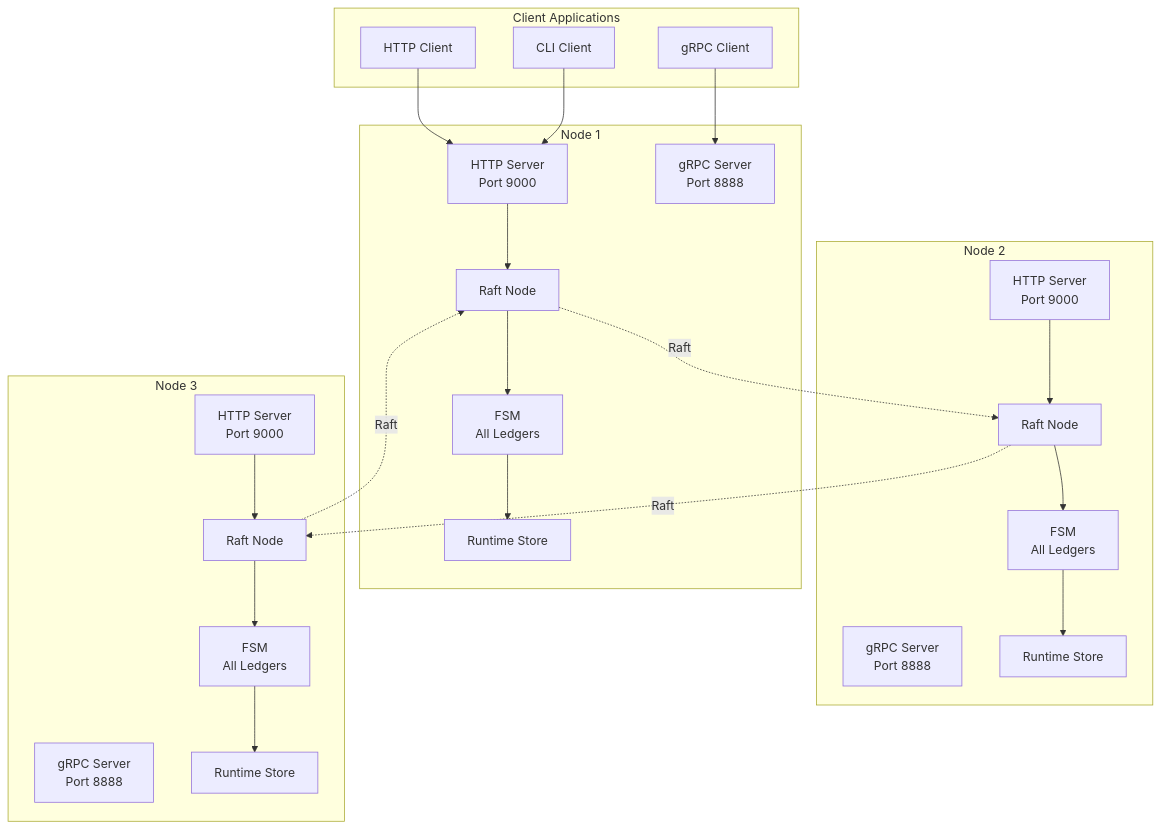
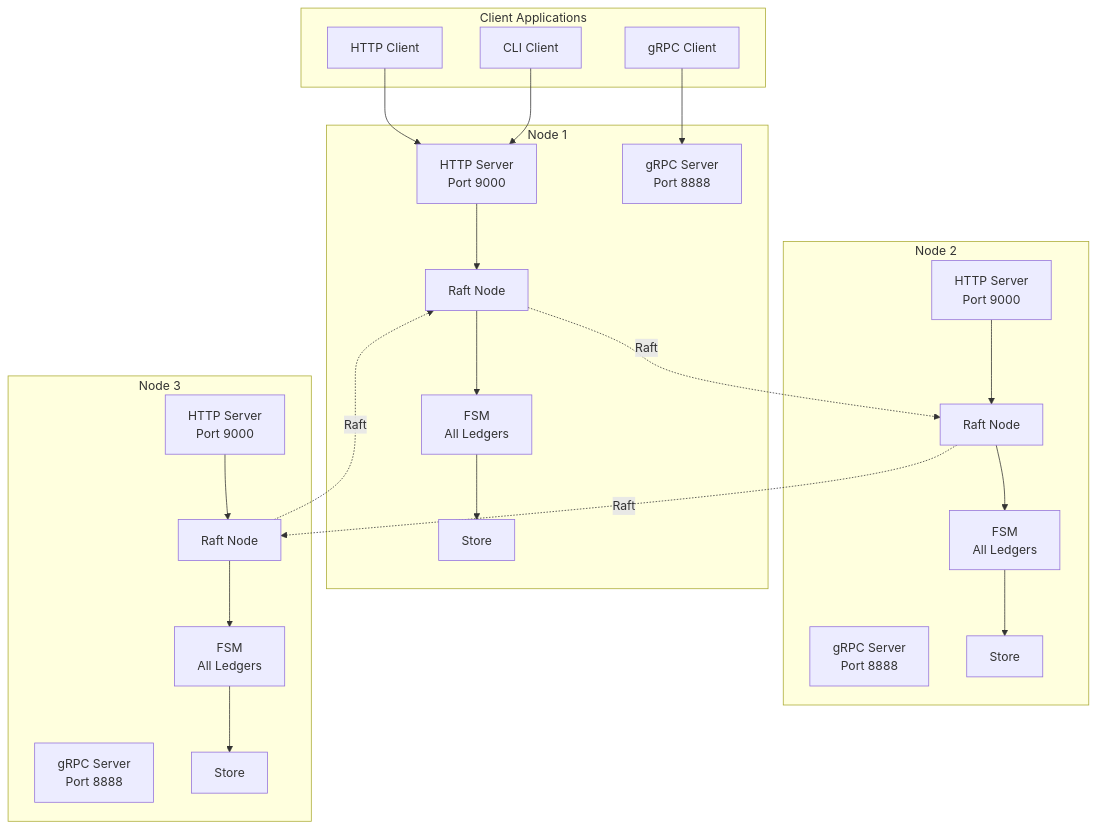
The first of 6 diagrams in docs/architecture.md (formancehq/ledger), drawn with Mermaid before and after one commit. The commit also changed other lines of this file and 31 other files, not shown here.

````diff
--- a/docs/architecture.md
+++ b/docs/architecture.md
@@ -9,52 +9,52 @@
 ```mermaid
 graph TB
     subgraph "Client Applications"
         HTTPClient[HTTP Client]
         GRPCClient[gRPC Client]
         CLIClient[CLI Client]
     end
     
     subgraph "Node 1"
         HTTPServer1[HTTP Server<br/>Port 9000]
         GRPCServer1[gRPC Server<br/>Port 8888]
         RaftNode1[Raft Node]
         FSM1[FSM<br/>All Ledgers]
-        Storage1[Runtime Store]
+        Storage1[Store]
     end
     
     subgraph "Node 2"
         HTTPServer2[HTTP Server<br/>Port 9000]
         GRPCServer2[gRPC Server<br/>Port 8888]
         RaftNode2[Raft Node]
         FSM2[FSM<br/>All Ledgers]
-        Storage2[Runtime Store]
+        Storage2[Store]
     end
     
     subgraph "Node 3"
         HTTPServer3[HTTP Server<br/>Port 9000]
         GRPCServer3[gRPC Server<br/>Port 8888]
         RaftNode3[Raft Node]
         FSM3[FSM<br/>All Ledgers]
-        Storage3[Runtime Store]
+        Storage3[Store]
     end
     
     HTTPClient --> HTTPServer1
     GRPCClient --> GRPCServer1
     CLIClient --> HTTPServer1
     
     HTTPServer1 --> RaftNode1
     HTTPServer2 --> RaftNode2
     HTTPServer3 --> RaftNode3
     
     RaftNode1 --> FSM1
     RaftNode2 --> FSM2
     RaftNode3 --> FSM3
     
     FSM1 --> Storage1
     FSM2 --> Storage2
     FSM3 --> Storage3
     
     RaftNode1 -.Raft.-> RaftNode2
     RaftNode2 -.Raft.-> RaftNode3
     RaftNode3 -.Raft.-> RaftNode1
 ```
````
